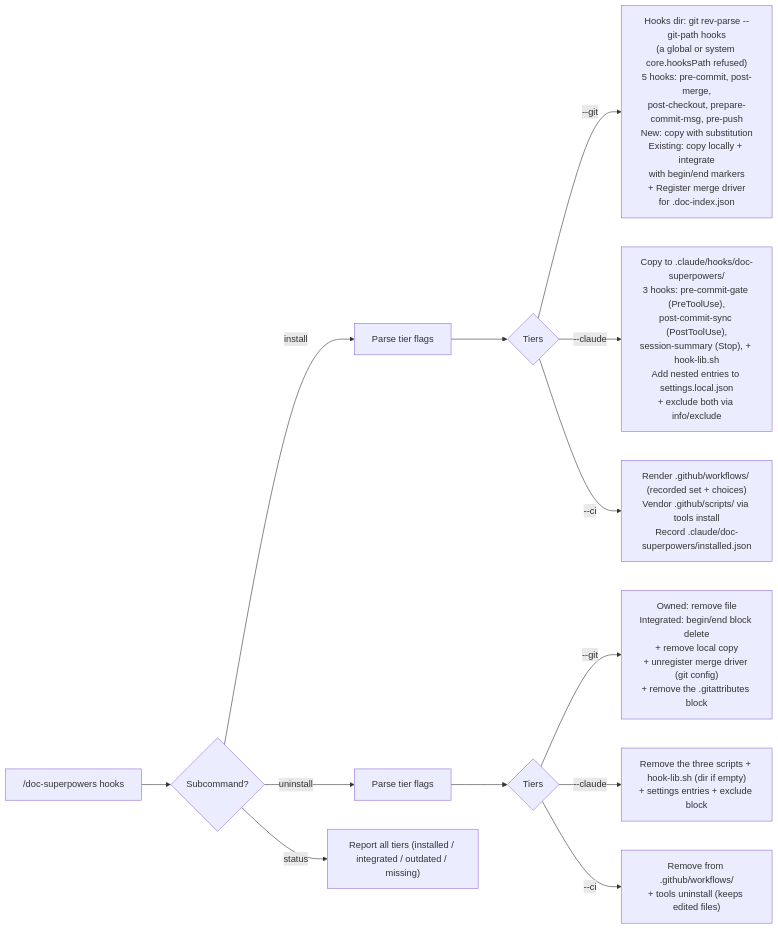
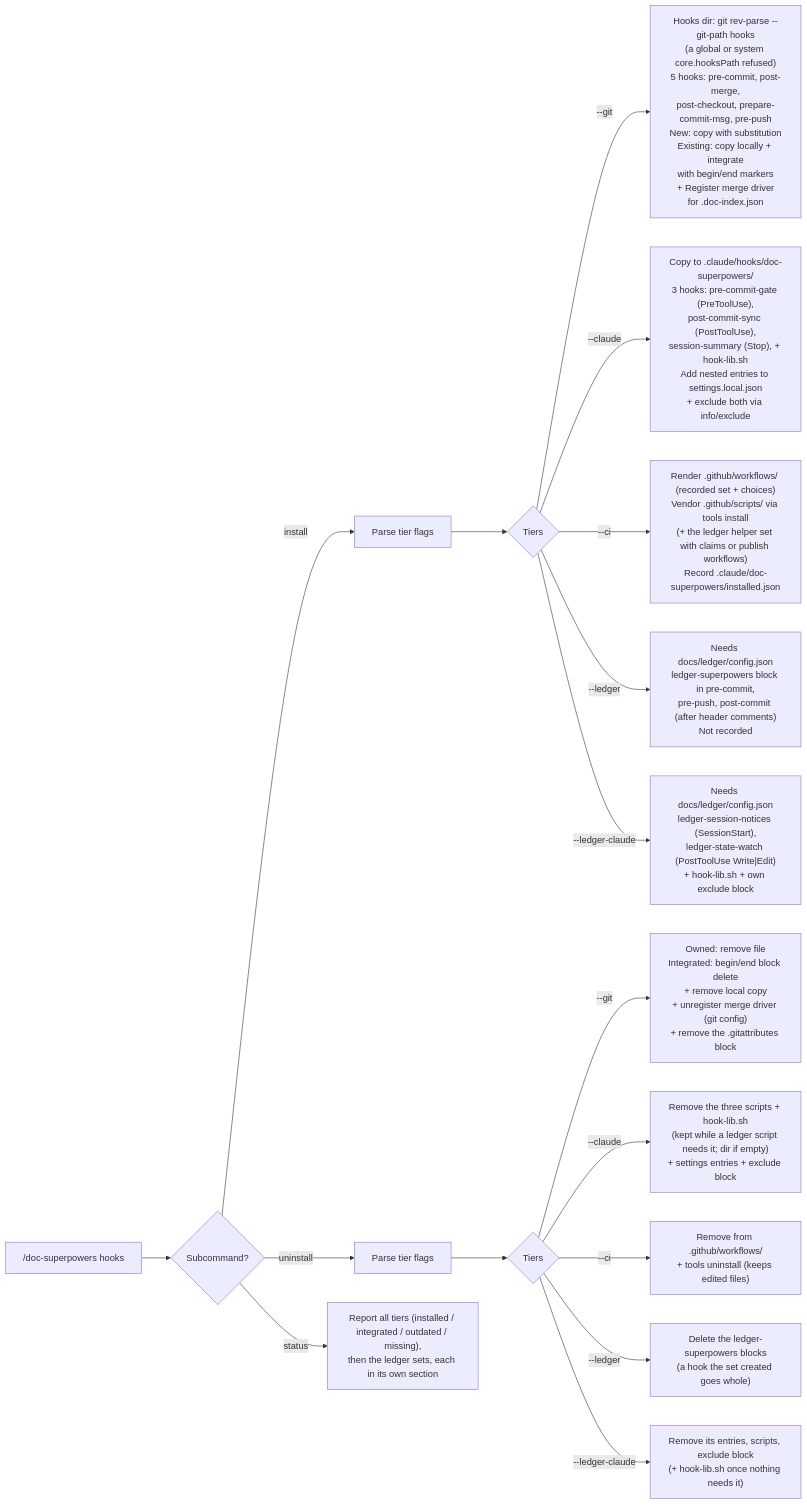
Before and after one commit to woodrowpearson/doc-superpowers: the fifth of 11 diagrams in docs/workflows/doc-superpowers.md, drawn with Mermaid. The commit also changed other lines of this file, not shown here.

First line of the commit message:
docs(workflows): the work ledger in the workflows doc and its diagram sources

````diff
--- a/docs/workflows/doc-superpowers.md
+++ b/docs/workflows/doc-superpowers.md
@@ -452,15 +470,19 @@
 ```mermaid
 flowchart LR
   A["/doc-superpowers hooks"] --> B{Subcommand?}
   B -->|install| C["Parse tier flags"]
   B -->|uninstall| D["Parse tier flags"]
-  B -->|status| E["Report all tiers (installed / integrated / outdated / missing)"]
+  B -->|status| E["Report all tiers (installed / integrated / outdated / missing),<br>then the ledger sets, each in its own section"]
   C --> F{Tiers}
   F -->|--git| G["Hooks dir: git rev-parse --git-path hooks<br>(a global or system core.hooksPath refused)<br>5 hooks: pre-commit, post-merge,<br>post-checkout, prepare-commit-msg, pre-push<br>New: copy with substitution<br>Existing: copy locally + integrate<br>with begin/end markers<br>+ Register merge driver<br>for .doc-index.json"]
   F -->|--claude| H["Copy to .claude/hooks/doc-superpowers/<br>3 hooks: pre-commit-gate (PreToolUse),<br>post-commit-sync (PostToolUse),<br>session-summary (Stop), + hook-lib.sh<br>Add nested entries to settings.local.json<br>+ exclude both via info/exclude"]
-  F -->|--ci| I["Render .github/workflows/ (recorded set + choices)<br>Vendor .github/scripts/ via tools install<br>Record .claude/doc-superpowers/installed.json"]
+  F -->|--ci| I["Render .github/workflows/ (recorded set + choices)<br>Vendor .github/scripts/ via tools install<br>(+ the ledger helper set with claims or publish workflows)<br>Record .claude/doc-superpowers/installed.json"]
+  F -->|--ledger| LG["Needs docs/ledger/config.json<br>ledger-superpowers block in pre-commit,<br>pre-push, post-commit (after header comments)<br>Not recorded"]
+  F -->|--ledger-claude| LC["Needs docs/ledger/config.json<br>ledger-session-notices (SessionStart),<br>ledger-state-watch (PostToolUse Write|Edit)<br>+ hook-lib.sh + own exclude block"]
   D --> J{Tiers}
   J -->|--git| K["Owned: remove file<br>Integrated: begin/end block delete<br>+ remove local copy<br>+ unregister merge driver (git config)<br>+ remove the .gitattributes block"]
-  J -->|--claude| L["Remove the three scripts + hook-lib.sh (dir if empty)<br>+ settings entries + exclude block"]
+  J -->|--claude| L["Remove the three scripts + hook-lib.sh<br>(kept while a ledger script needs it; dir if empty)<br>+ settings entries + exclude block"]
   J -->|--ci| M["Remove from .github/workflows/<br>+ tools uninstall (keeps edited files)"]
+  J -->|--ledger| ML["Delete the ledger-superpowers blocks<br>(a hook the set created goes whole)"]
+  J -->|--ledger-claude| MC["Remove its entries, scripts, exclude block<br>(+ hook-lib.sh once nothing needs it)"]
 ```
````
